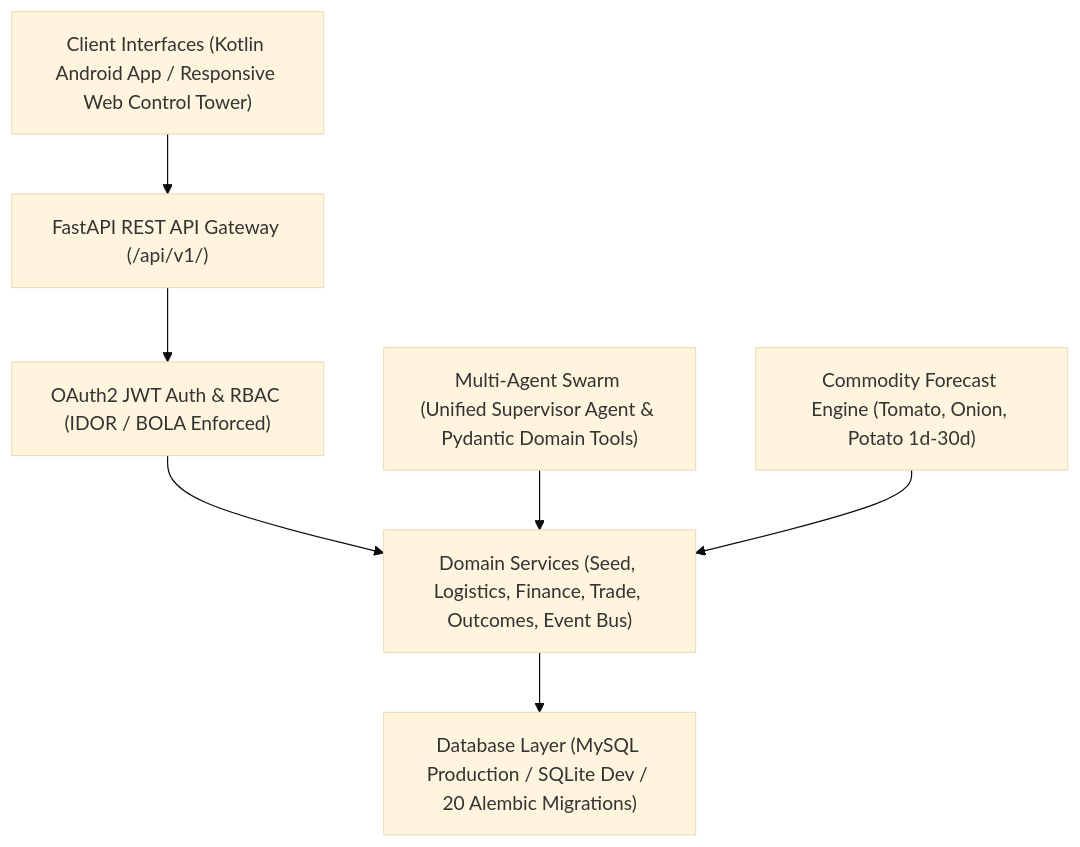
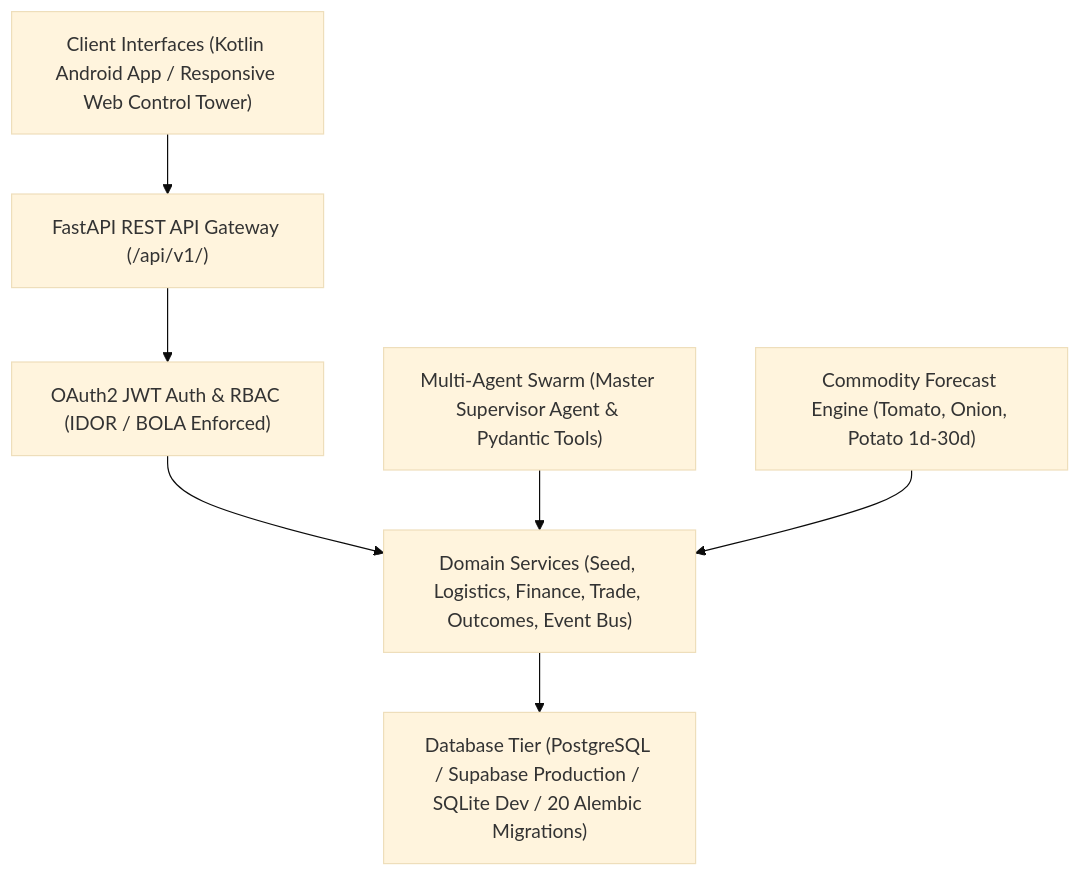
One commit to raashith/AgriMark changed the diagram in README.md. Above: the diagram before and after it, drawn with Mermaid (base theme). The commit also changed other lines of this file and 13 other files, not shown here.

````diff
--- a/README.md
+++ b/README.md
@@ -23,17 +22,17 @@
 ```mermaid
 graph TD
     ClientLayer["Client Interfaces (Kotlin Android App / Responsive Web Control Tower)"]
     APIGateway["FastAPI REST API Gateway (/api/v1/)"]
     AuthRBAC["OAuth2 JWT Auth & RBAC (IDOR / BOLA Enforced)"]
     DomainServices["Domain Services (Seed, Logistics, Finance, Trade, Outcomes, Event Bus)"]
-    AIAgents["Multi-Agent Swarm (Unified Supervisor Agent & Pydantic Domain Tools)"]
+    AIAgents["Multi-Agent Swarm (Master Supervisor Agent & Pydantic Tools)"]
     MLIntelligence["Commodity Forecast Engine (Tomato, Onion, Potato 1d-30d)"]
-    Database["Database Layer (MySQL Production / SQLite Dev / 20 Alembic Migrations)"]
+    Database["Database Tier (PostgreSQL / Supabase Production / SQLite Dev / 20 Alembic Migrations)"]
 
     ClientLayer --> APIGateway
     APIGateway --> AuthRBAC
     AuthRBAC --> DomainServices
     DomainServices --> Database
     AIAgents --> DomainServices
     MLIntelligence --> DomainServices
 ```
````
